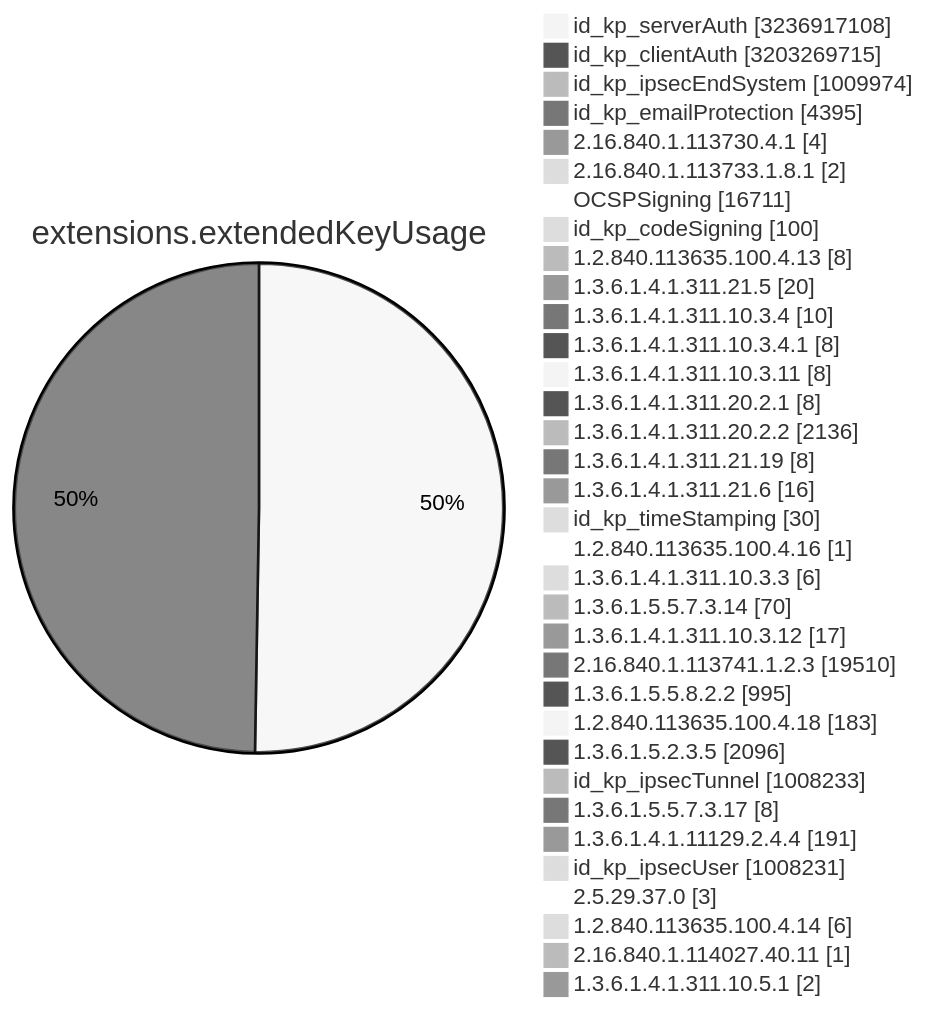
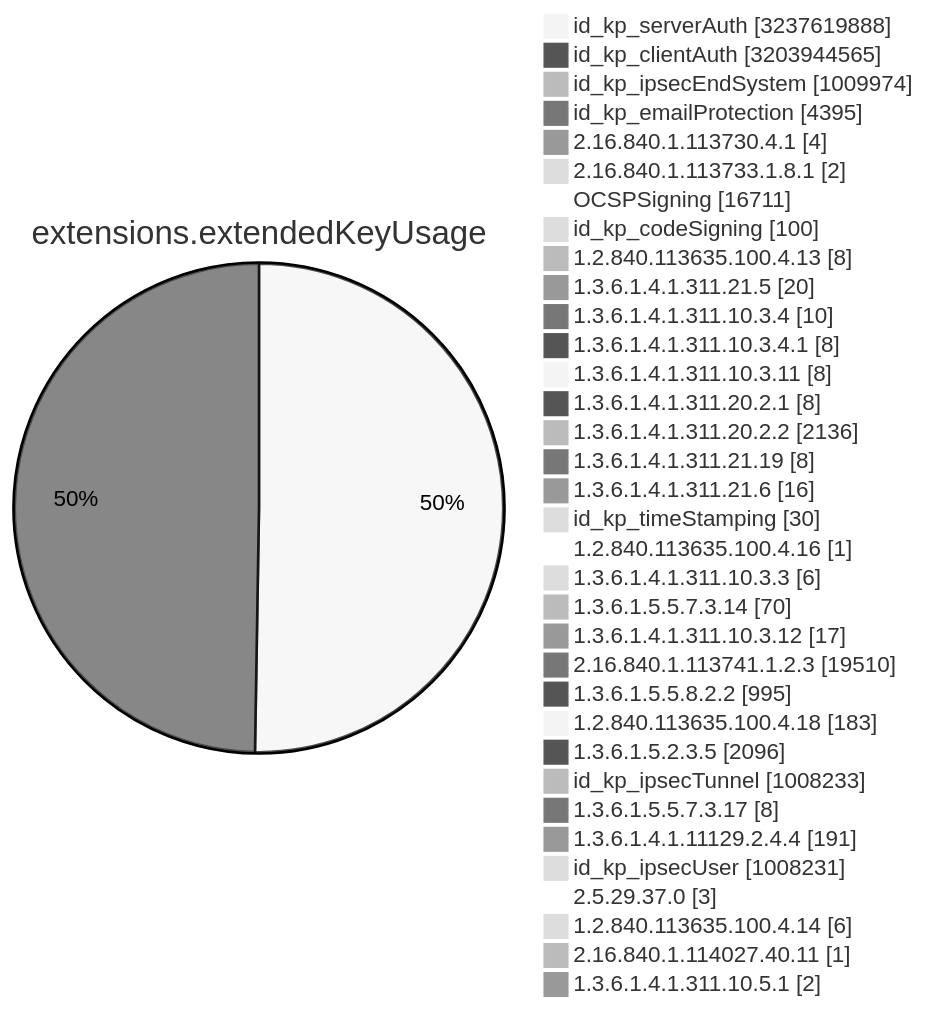
One commit to christiankrug/ctmonitor_visualization changed diagram 11 of 15 in TOTAL/README.md. Above: the diagram before and after it, drawn with Mermaid (neutral theme). The commit also changed other lines of this file, not shown here.

````diff
--- a/TOTAL/README.md
+++ b/TOTAL/README.md
@@ -4119,38 +4119,38 @@
 ```mermaid
 pie showData
 title extensions.extendedKeyUsage
-"id_kp_serverAuth" :3236917108
-"id_kp_clientAuth" :3203269715
+"id_kp_serverAuth" :3237619888
+"id_kp_clientAuth" :3203944565
 "id_kp_ipsecEndSystem" :1009974
 "id_kp_emailProtection" :4395
 "2.16.840.1.113730.4.1" :4
 "2.16.840.1.113733.1.8.1" :2
 "OCSPSigning" :16711
 "id_kp_codeSigning" :100
 "1.2.840.113635.100.4.13" :8
 "1.3.6.1.4.1.311.21.5" :20
 "1.3.6.1.4.1.311.10.3.4" :10
 "1.3.6.1.4.1.311.10.3.4.1" :8
 "1.3.6.1.4.1.311.10.3.11" :8
 "1.3.6.1.4.1.311.20.2.1" :8
 "1.3.6.1.4.1.311.20.2.2" :2136
 "1.3.6.1.4.1.311.21.19" :8
 "1.3.6.1.4.1.311.21.6" :16
 "id_kp_timeStamping" :30
 "1.2.840.113635.100.4.16" :1
 "1.3.6.1.4.1.311.10.3.3" :6
 "1.3.6.1.5.5.7.3.14" :70
 "1.3.6.1.4.1.311.10.3.12" :17
 "2.16.840.1.113741.1.2.3" :19510
 "1.3.6.1.5.5.8.2.2" :995
 "1.2.840.113635.100.4.18" :183
 "1.3.6.1.5.2.3.5" :2096
 "id_kp_ipsecTunnel" :1008233
 "1.3.6.1.5.5.7.3.17" :8
 "1.3.6.1.4.1.11129.2.4.4" :191
 "id_kp_ipsecUser" :1008231
 "2.5.29.37.0" :3
 "1.2.840.113635.100.4.14" :6
 "2.16.840.1.114027.40.11" :1
 "1.3.6.1.4.1.311.10.5.1" :2
 ```
````
